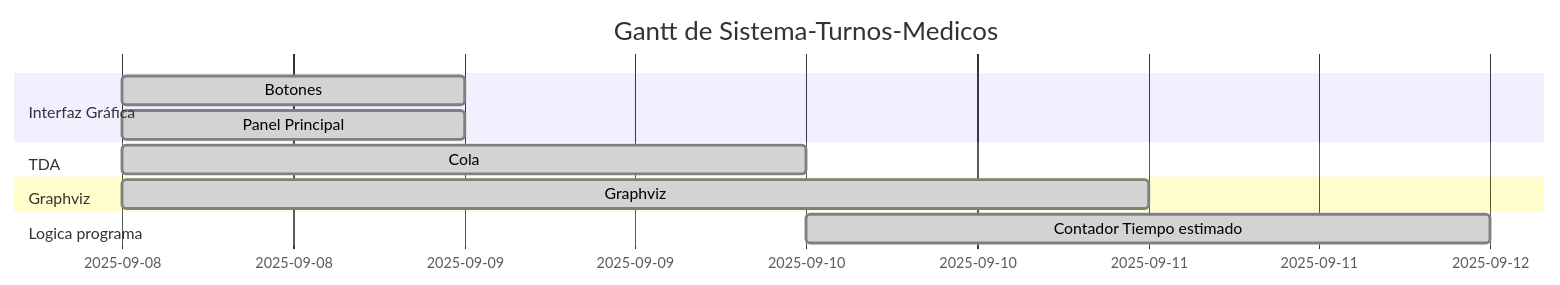
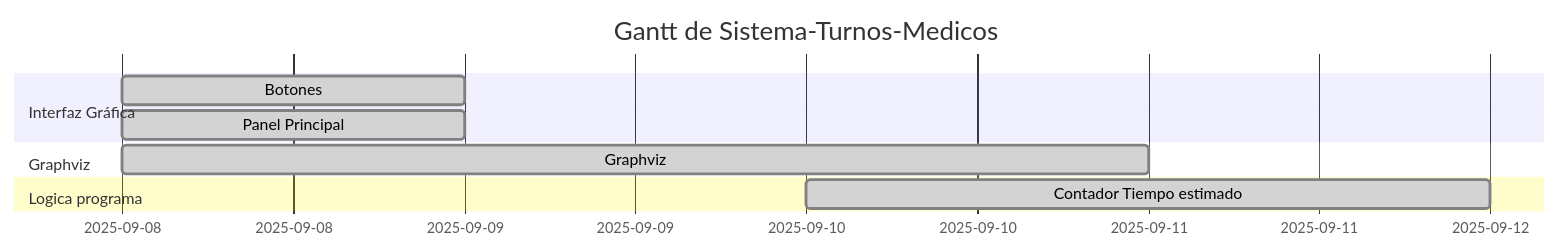
One commit to MynorCifuentes/Sistema-Turnos-Medicos changed the diagram in docs/gantt.md. Above: the diagram before and after it, drawn with Mermaid.

Commit message:
Actualiza diagrama de Gantt automático

````diff
--- a/docs/gantt.md
+++ b/docs/gantt.md
@@ -1,15 +1,14 @@
 ```mermaid
 gantt
     dateFormat  YYYY-MM-DD
     title Gantt de Sistema-Turnos-Medicos
     excludes    weekends
     section Interfaz Gráfica
     Botones :done, 2, 2025-09-08, 2025-09-09
     Panel Principal :done, 1, 2025-09-08, 2025-09-09
     section TDA
-    Cola :done, 3, 2025-09-08, 2025-09-10
     section Graphviz
     Graphviz :done, 4, 2025-09-08, 2025-09-11
     section Logica programa
     Contador Tiempo estimado :done, 5, 2025-09-10, 2025-09-12
 ```
````
